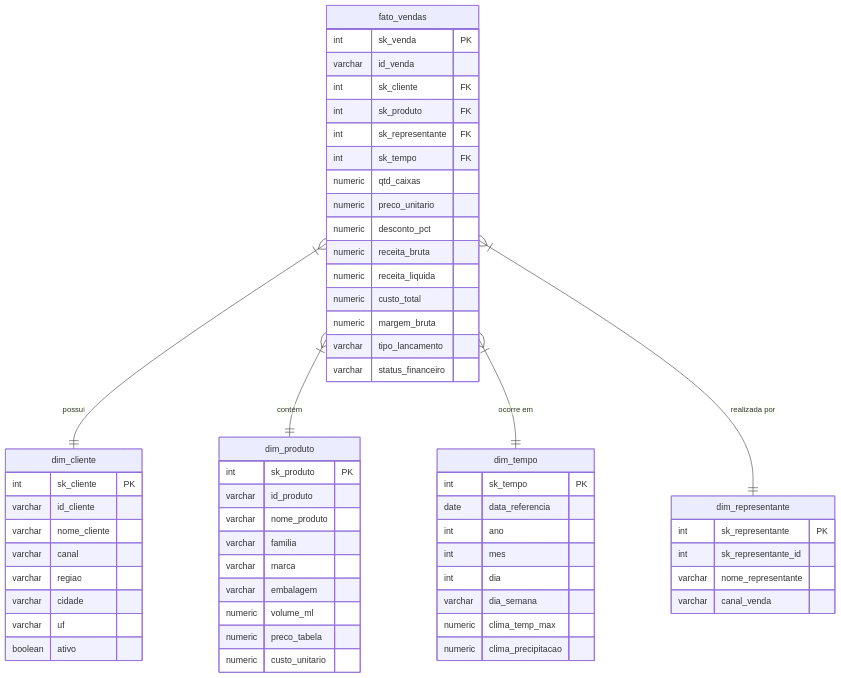
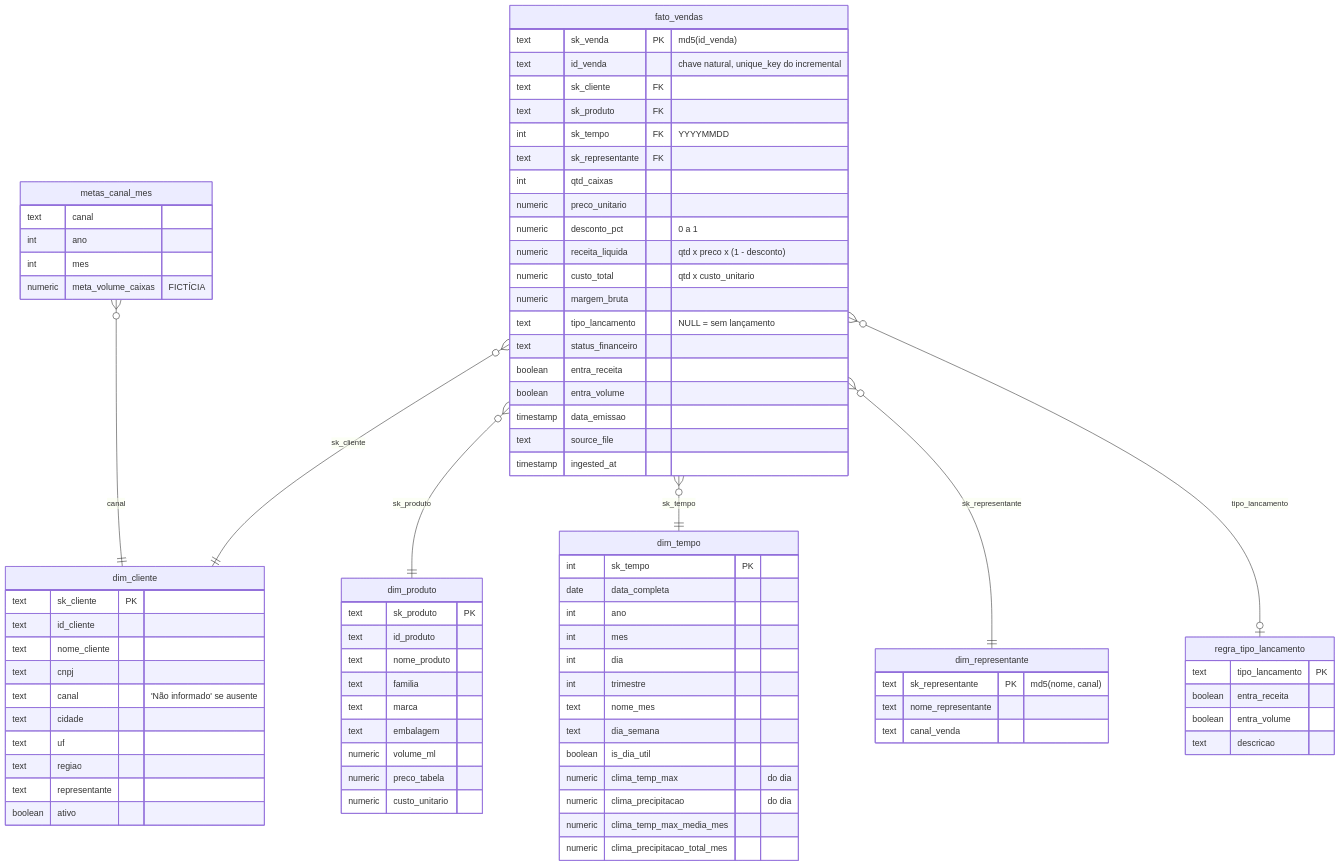
One commit to rafaelladuarte/refresco-data-case changed the second of 2 diagrams in docs/arquitetura_dados.md. Above: the diagram before and after it, drawn with Mermaid. The commit also changed other lines of this file and 3 other files, not shown here.

Commit message:
docs: align README and architecture doc with the implemented pipeline [DOC-01]

````diff
--- a/docs/arquitetura_dados.md
+++ b/docs/arquitetura_dados.md
@@ -7,66 +77,92 @@
 ```mermaid
 erDiagram
+    fato_vendas }o--|| dim_cliente : sk_cliente
+    fato_vendas }o--|| dim_produto : sk_produto
+    fato_vendas }o--|| dim_tempo : sk_tempo
+    fato_vendas }o--|| dim_representante : sk_representante
+    fato_vendas }o--o| regra_tipo_lancamento : tipo_lancamento
+    metas_canal_mes }o--|| dim_cliente : canal
+
     fato_vendas {
-        int sk_venda PK
-        varchar id_venda
-        int sk_cliente FK
-        int sk_produto FK
-        int sk_representante FK
-        int sk_tempo FK
-        numeric qtd_caixas
+        text sk_venda PK "md5(id_venda)"
+        text id_venda "chave natural, unique_key do incremental"
+        text sk_cliente FK
+        text sk_produto FK
+        int sk_tempo FK "YYYYMMDD"
+        text sk_representante FK
+        int qtd_caixas
         numeric preco_unitario
-        numeric desconto_pct
-        numeric receita_bruta
-        numeric receita_liquida
-        numeric custo_total
+        numeric desconto_pct "0 a 1"
+        numeric receita_liquida "qtd x preco x (1 - desconto)"
+        numeric custo_total "qtd x custo_unitario"
         numeric margem_bruta
-        varchar tipo_lancamento
-        varchar status_financeiro
+        text tipo_lancamento "NULL = sem lançamento"
+        text status_financeiro
+        boolean entra_receita
+        boolean entra_volume
+        timestamp data_emissao
+        text source_file
+        timestamp ingested_at
     }
 
     dim_cliente {
-        int sk_cliente PK
-        varchar id_cliente
-        varchar nome_cliente
-        varchar canal
-        varchar regiao
-        varchar cidade
-        varchar uf
+        text sk_cliente PK
+        text id_cliente
+        text nome_cliente
+        text cnpj
+        text canal "'Não informado' se ausente"
+        text cidade
+        text uf
+        text regiao
+        text representante
         boolean ativo
     }
 
     dim_produto {
-        int sk_produto PK
-        varchar id_produto
-        varchar nome_produto
-        varchar familia
-        varchar marca
-        varchar embalagem
+        text sk_produto PK
+        text id_produto
+        text nome_produto
+        text familia
+        text marca
+        text embalagem
         numeric volume_ml
         numeric preco_tabela
         numeric custo_unitario
     }
 
+    dim_representante {
+        text sk_representante PK "md5(nome, canal)"
+        text nome_representante
+        text canal_venda
+    }
+
     dim_tempo {
         int sk_tempo PK
-        date data_referencia
+        date data_completa
         int ano
         int mes
         int dia
-        varchar dia_semana
-        numeric clima_temp_max
-        numeric clima_precipitacao
+        int trimestre
+        text nome_mes
+        text dia_semana
+        boolean is_dia_util
+        numeric clima_temp_max "do dia"
+        numeric clima_precipitacao "do dia"
+        numeric clima_temp_max_media_mes
+        numeric clima_precipitacao_total_mes
     }
 
-    dim_representante {
-        int sk_representante PK
-        int sk_representante_id
-        varchar nome_representante
-        varchar canal_venda
+    regra_tipo_lancamento {
+        text tipo_lancamento PK
+        boolean entra_receita
+        boolean entra_volume
+        text descricao
     }
 
-    fato_vendas }|--|| dim_cliente : "possui"
-    fato_vendas }|--|| dim_produto : "contém"
-    fato_vendas }|--|| dim_tempo : "ocorre em"
-    fato_vendas }|--|| dim_representante : "realizada por"
+    metas_canal_mes {
+        text canal
+        int ano
+        int mes
+        numeric meta_volume_caixas "FICTÍCIA"
+    }
 ```
````
